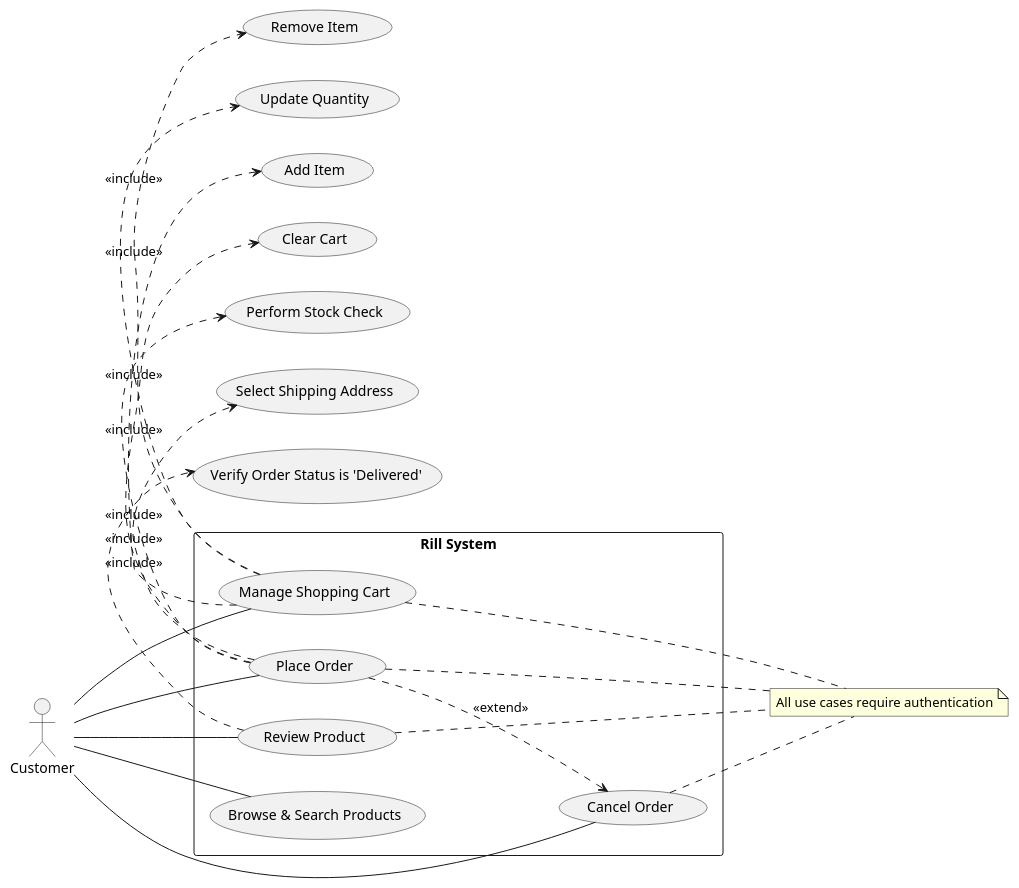
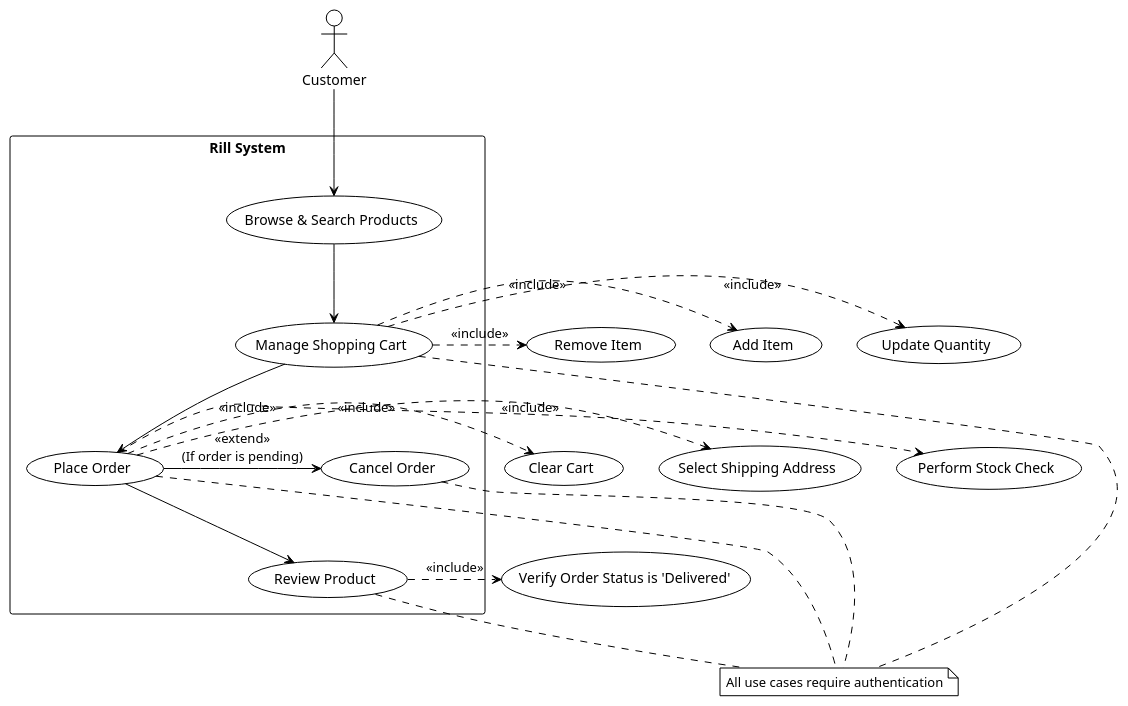
Before and after one commit to mttk2004/rill-system: the diagram in use-case/detailed/uc-2-customer-flow.puml, drawn with PlantUML. The commit also changed 2 other files, not shown here.

Commit message:
refactor: Improve layout of detailed use case diagrams
This commit refactors the PlantUML source for the three detailed use case diagrams to improve their visual layout and readability.

By adding explicit directional hints and grouping related elements, the updated diagrams now present a clearer, more intuitive flow, addressing the issue of the default auto-layout creating confusing or overlapping connections.

Changes include:
- `uc-1-account-management.puml`: Reorganized actors and use cases for a cleaner structure.
- `uc-2-customer-flow.puml`: Arranged use cases into a logical, top-to-bottom sequence representing the shopping flow.
- `uc-3-admin-functions.puml`: Grouped admin functions into packages for better thematic organization.

```diff
--- a/use-case/detailed/uc-2-customer-flow.puml
+++ b/use-case/detailed/uc-2-customer-flow.puml
@@ -1,43 +1,42 @@
 @startuml "UC-2: Customer Shopping Flow"
+' Layout improvement for a clear, top-to-bottom flow
 
-left to right direction
+!theme plain
 
 actor Customer
 
 rectangle "Rill System" {
   usecase "Browse & Search Products" as UC4
   usecase "Manage Shopping Cart" as UC7
   usecase "Place Order" as UC8
   usecase "Cancel Order" as UC11
   usecase "Review Product" as UC12
 }
 
-Customer -- UC4
-Customer -- UC7
-Customer -- UC8
-Customer -- UC11
-Customer -- UC12
+' Arrange use cases in a logical top-to-bottom flow
+Customer --> UC4
+UC4 -down-> UC7
+UC7 -down-> UC8
+UC8 -left-> UC11 : <<extend>>\n(If order is pending)
+UC8 -down-> UC12
 
 ' Breakdown of Manage Shopping Cart
 UC7 .> (Add Item) : <<include>>
 UC7 .> (Update Quantity) : <<include>>
 UC7 .> (Remove Item) : <<include>>
 
 ' Breakdown of Place Order
 UC8 .> (Select Shipping Address) : <<include>>
 UC8 .> (Perform Stock Check) : <<include>>
 UC8 .> (Clear Cart) : <<include>>
 
-' Order cancellation is an option for pending orders
-UC8 ..> UC11 : <<extend>>
-
 ' A customer can only review a product after the order is delivered
 (UC12) .> (Verify Order Status is 'Delivered') : <<include>>
 
 note "All use cases require authentication" as N1
 UC7 .. N1
 UC8 .. N1
 UC11 .. N1
 UC12 .. N1
 
 @enduml
```
